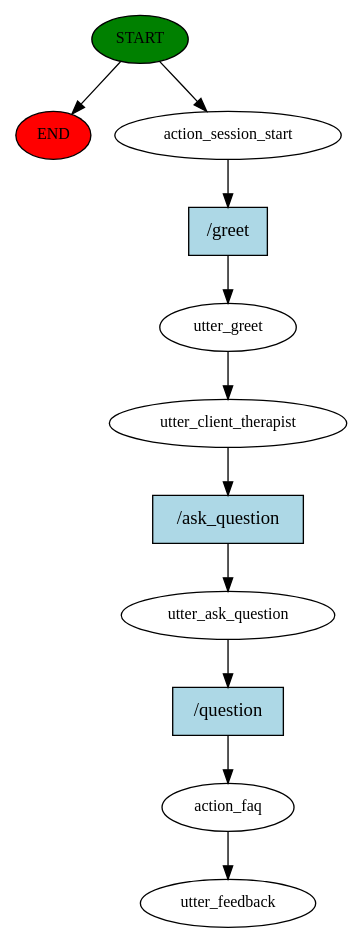
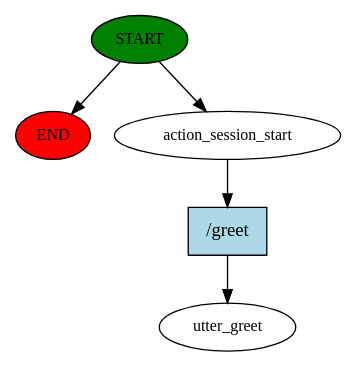
The diagram in story_graph.dot (sss3sp/testbox_chatbot), drawn with Graphviz before and after one commit. The commit also changed 5 other files, not shown here.

```diff
--- a/story_graph.dot
+++ b/story_graph.dot
@@ -1,23 +1,11 @@
 digraph  {
 0 [class="start active", fillcolor=green, fontsize=12, label=START, style=filled];
 "-1" [class=end, fillcolor=red, fontsize=12, label=END, style=filled];
 1 [class=active, fontsize=12, label=action_session_start];
-2 [class=active, fontsize=12, label=utter_greet];
-3 [class=active, fontsize=12, label=utter_client_therapist];
-4 [class=active, fontsize=12, label=utter_ask_question];
-5 [class=active, fontsize=12, label=action_faq];
-6 [class="dashed active", fontsize=12, label=utter_feedback];
-7 [class="intent active", fillcolor=lightblue, label="/greet", shape=rect, style=filled];
-8 [class="intent active", fillcolor=lightblue, label="/ask_question", shape=rect, style=filled];
-9 [class="intent active", fillcolor=lightblue, label="/question", shape=rect, style=filled];
+2 [class="dashed active", fontsize=12, label=utter_greet];
+3 [class="intent active", fillcolor=lightblue, label="/greet", shape=rect, style=filled];
 0 -> "-1"  [class="", key=NONE, label=""];
 0 -> 1  [class=active, key=NONE, label=""];
-1 -> 7  [class=active, key=0];
-2 -> 3  [class=active, key=NONE, label=""];
-3 -> 8  [class=active, key=0];
-4 -> 9  [class=active, key=0];
-5 -> 6  [class=active, key=NONE, label=""];
-7 -> 2  [class=active, key=0];
-8 -> 4  [class=active, key=0];
-9 -> 5  [class=active, key=0];
+1 -> 3  [class=active, key=0];
+3 -> 2  [class=active, key=0];
 }
```
